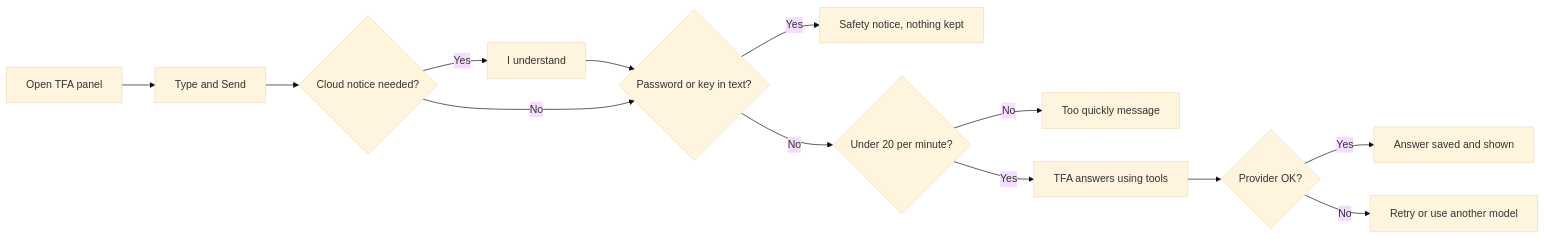
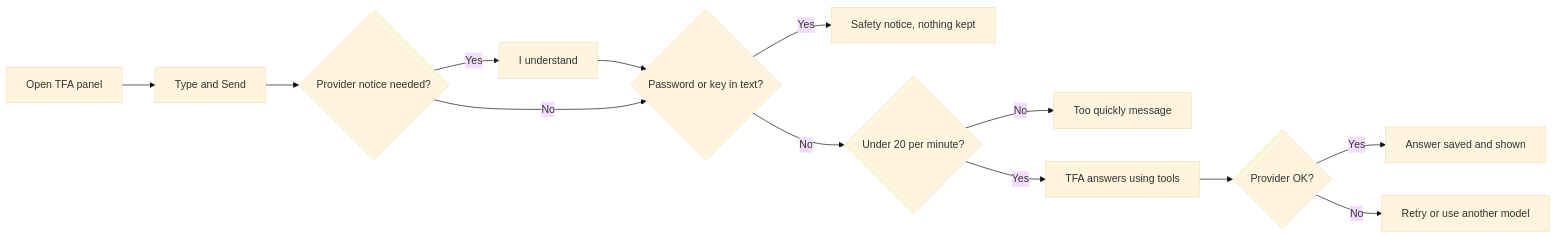
The first of 3 diagrams in TF - Documents/TFWorkflow/App WF in MD/09-Assistant/09.1-Chat.md (jojogeorge3344/TaskFlow-Project), drawn with Mermaid (base theme) before and after one commit. The commit also changed other lines of this file and 65 other files, not shown here.

````diff
--- a/TF - Documents/TFWorkflow/App WF in MD/09-Assistant/09.1-Chat.md
+++ b/TF - Documents/TFWorkflow/App WF in MD/09-Assistant/09.1-Chat.md
@@ -91,14 +91,14 @@
 ```mermaid
 flowchart LR
   A["Open TFA panel"] --> B["Type and Send"]
-  B --> C{"Cloud notice needed?"}
+  B --> C{"Provider notice needed?"}
   C -- Yes --> D["I understand"] --> E
   C -- No --> E{"Password or key in text?"}
   E -- Yes --> F["Safety notice, nothing kept"]
   E -- No --> G{"Under 20 per minute?"}
   G -- No --> H["Too quickly message"]
   G -- Yes --> I["TFA answers using tools"]
   I --> J{"Provider OK?"}
   J -- Yes --> K["Answer saved and shown"]
   J -- No --> L["Retry or use another model"]
 ```
````
